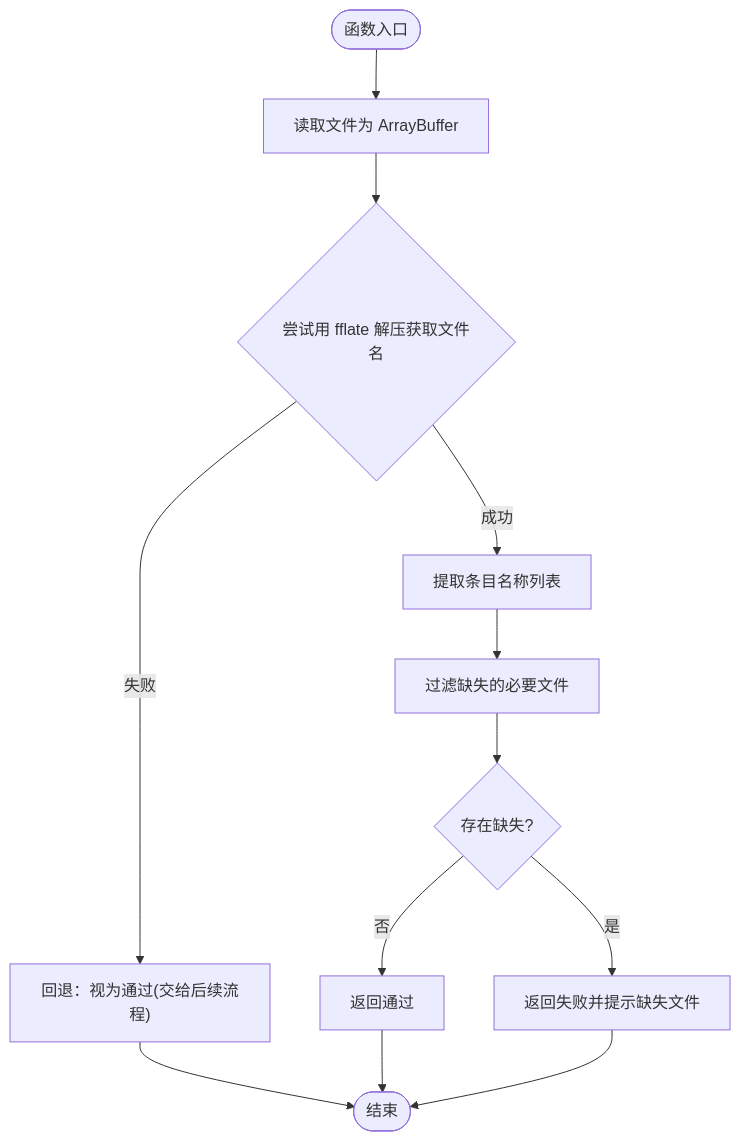
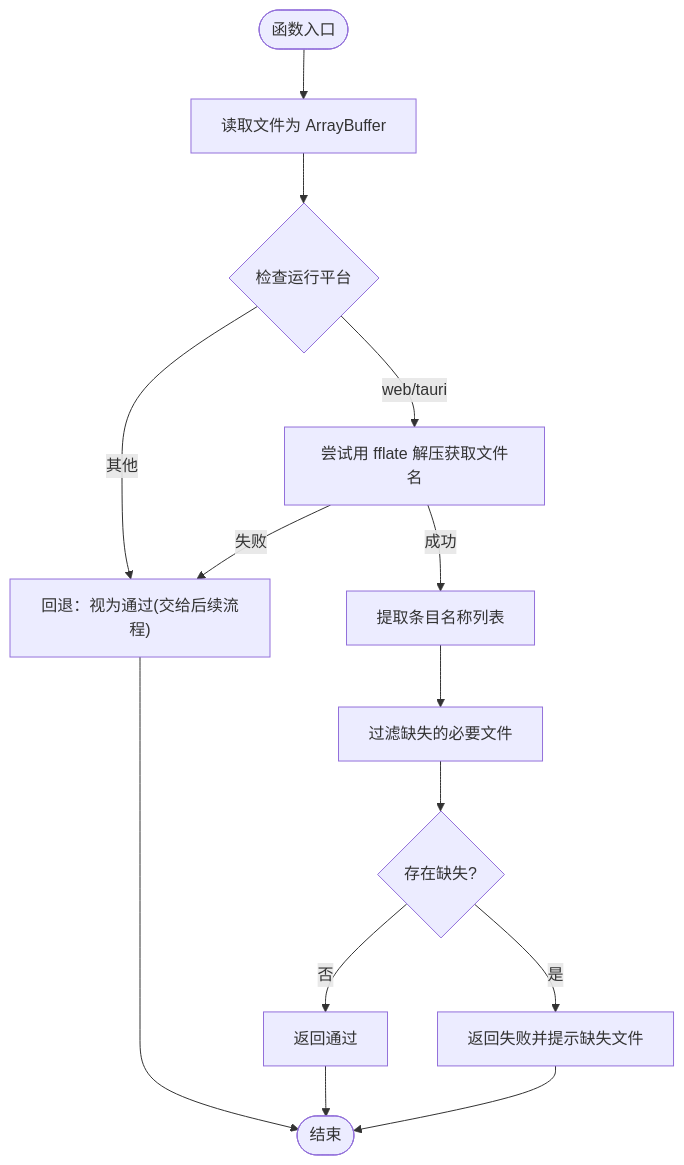
Before and after one commit to taoweidong/Hello-Tauri: the fourth of 5 diagrams in .qoder/repowiki/zh/content/核心模块/文件验证系统.md, drawn with Mermaid. The commit also changed other lines of this file and 8 other files, not shown here.

````diff
--- a/.qoder/repowiki/zh/content/核心模块/文件验证系统.md
+++ b/.qoder/repowiki/zh/content/核心模块/文件验证系统.md
@@ -183,14 +217,16 @@
 ```mermaid
 flowchart TD
 Start(["函数入口"]) --> ReadBuffer["读取文件为 ArrayBuffer"]
-ReadBuffer --> TryUnzip{"尝试用 fflate 解压获取文件名"}
+ReadBuffer --> CheckPlatform{"检查运行平台"}
+CheckPlatform --> |web/tauri| TryUnzip["尝试用 fflate 解压获取文件名"]
+CheckPlatform --> |其他| Fallback["回退：视为通过(交给后续流程)"]
 TryUnzip --> |成功| ListEntries["提取条目名称列表"]
-TryUnzip --> |失败| Fallback["回退：视为通过(交给后续流程)"]
+TryUnzip --> |失败| Fallback
 ListEntries --> CheckRequired["过滤缺失的必要文件"]
 CheckRequired --> HasMissing{"存在缺失?"}
 HasMissing --> |是| Fail["返回失败并提示缺失文件"]
 HasMissing --> |否| Pass["返回通过"]
 Fallback --> End(["结束"])
 Pass --> End
 Fail --> End
 ```
````
